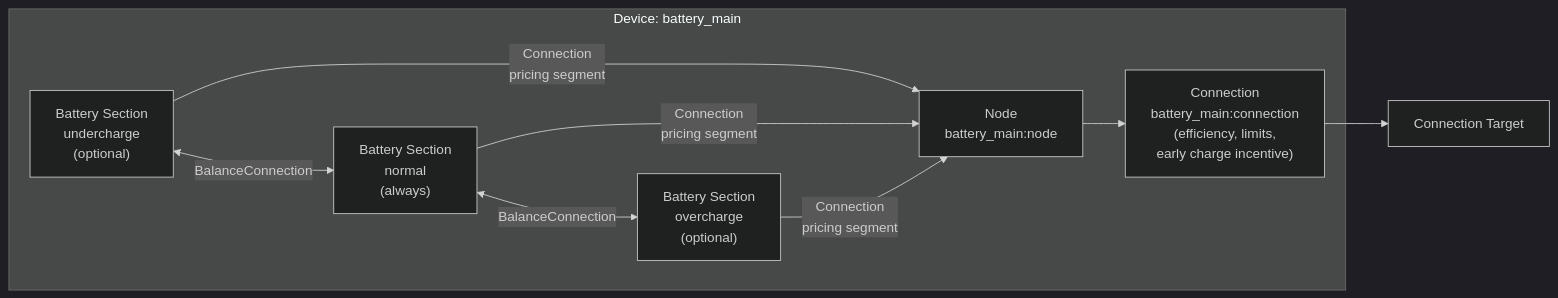
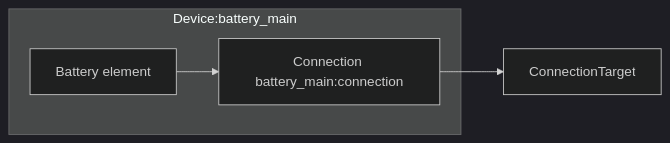
The diagram in docs/modeling/device-layer/battery.md (Chance-Konstruktion/haeo), drawn with Mermaid (dark theme) before and after one commit. The commit also changed other lines of this file and 41 other files, not shown here.

First line of the commit message:
Replace battery partitions with SOC pricing (#265)

````diff
--- a/docs/modeling/device-layer/battery.md
+++ b/docs/modeling/device-layer/battery.md
@@ -7,22 +8,10 @@
 ```mermaid
 graph LR
-    subgraph "Device: battery_main"
-        BU["Battery Section<br/>undercharge<br/>(optional)"]
-        BN["Battery Section<br/>normal<br/>(always)"]
-        BO["Battery Section<br/>overcharge<br/>(optional)"]
-        Node["Node<br/>battery_main:node"]
-
-        BU -->|Connection<br/>pricing segment| Node
-        BU <-->|BalanceConnection| BN
-        BN -->|Connection<br/>pricing segment| Node
-        BN <-->|BalanceConnection| BO
-        BO -->|Connection<br/>pricing segment| Node
-
-        Conn["Connection<br/>battery_main:connection<br/>(efficiency, limits,<br/>early charge incentive)"]
-
+    subgraph deviceBattery["Device:battery_main"]
+        Battery["Battery element"]
+        Conn["Connection battery_main:connection"]
     end
-    Target[Connection Target]
-
-    Node --> Conn
+    Target[ConnectionTarget]
+    Battery --> Conn
     Conn --> Target
 ```
````
